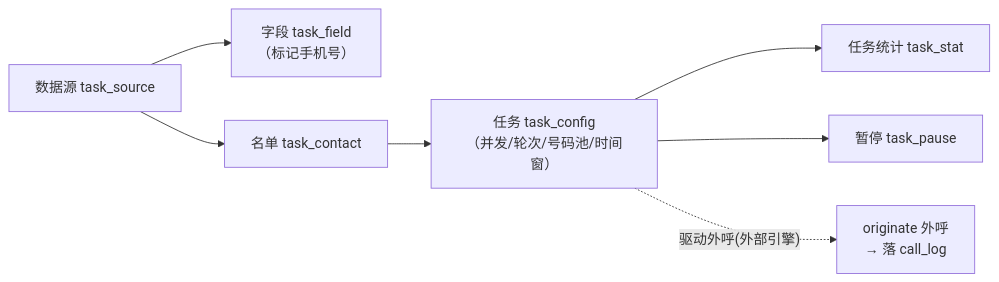
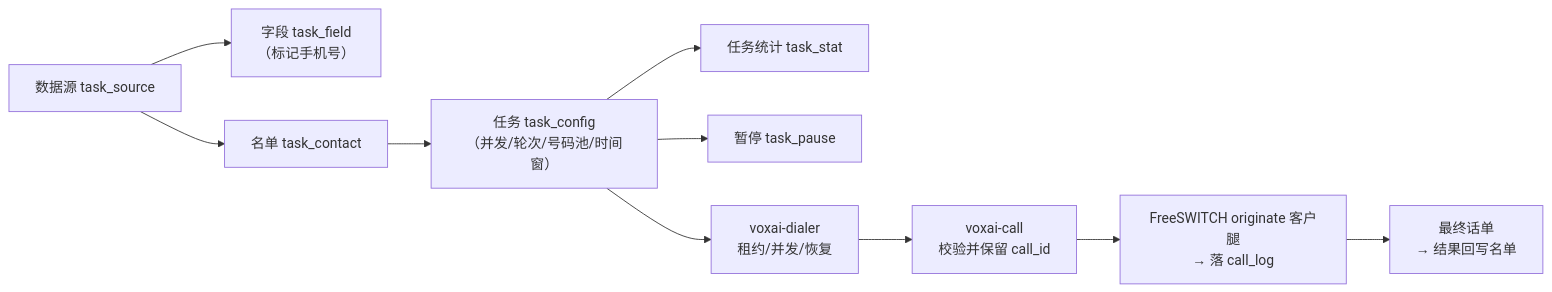
Before and after one commit to dongjb741280/ai-call-center: the ninth of 9 diagrams in docs/02-业务流程.md, drawn with Mermaid. The commit also changed other lines of this file and 65 other files, not shown here.

````diff
--- a/docs/02-业务流程.md
+++ b/docs/02-业务流程.md
@@ -312,9 +314,12 @@
 ```mermaid
 flowchart LR
     S["数据源 task_source"] --> F["字段 task_field<br/>（标记手机号）"]
-    S --> C["名单 task_contact"]
-    C --> T["任务 task_config<br/>（并发/轮次/号码池/时间窗）"]
+    S --> CONTACT["名单 task_contact"]
+    CONTACT --> T["任务 task_config<br/>（并发/轮次/号码池/时间窗）"]
     T --> STAT["任务统计 task_stat"]
     T --> P["暂停 task_pause"]
-    T -. "驱动外呼(外部引擎)" .-> O["originate 外呼<br/>→ 落 call_log"]
+    T --> D["voxai-dialer<br/>租约/并发/恢复"]
+    D --> CALLCTRL["voxai-call<br/>校验并保留 call_id"]
+    CALLCTRL --> O["FreeSWITCH originate 客户腿<br/>→ 落 call_log"]
+    O --> R["最终话单<br/>→ 结果回写名单"]
 ```
````
